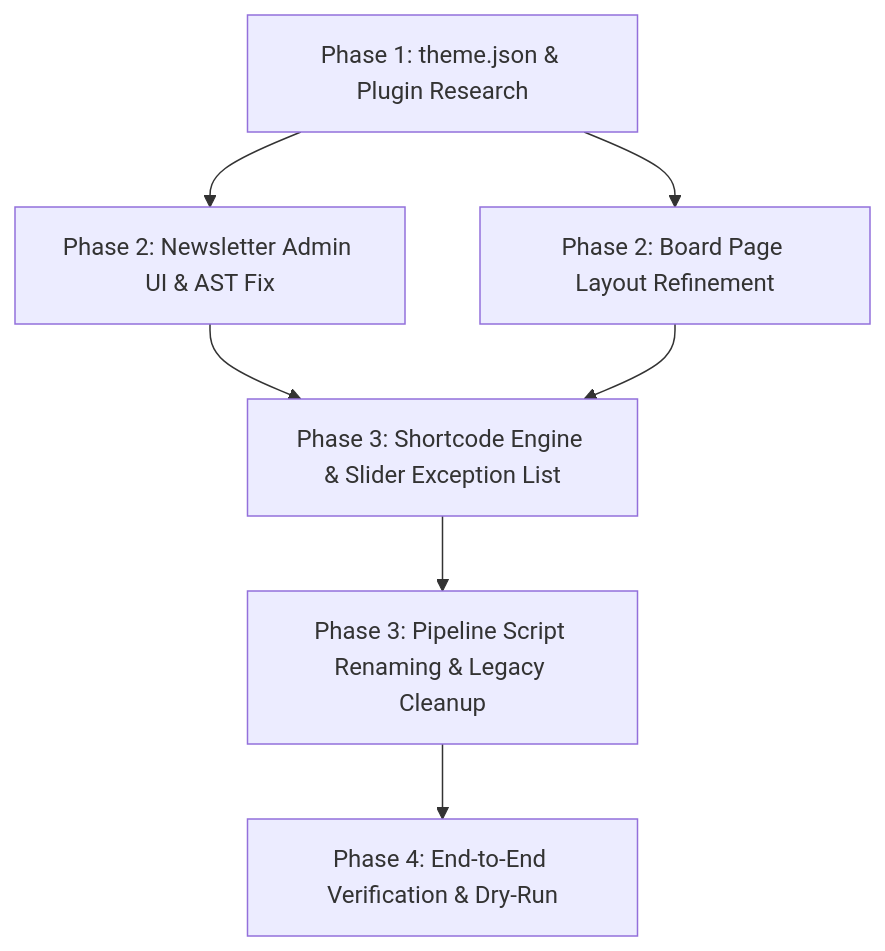
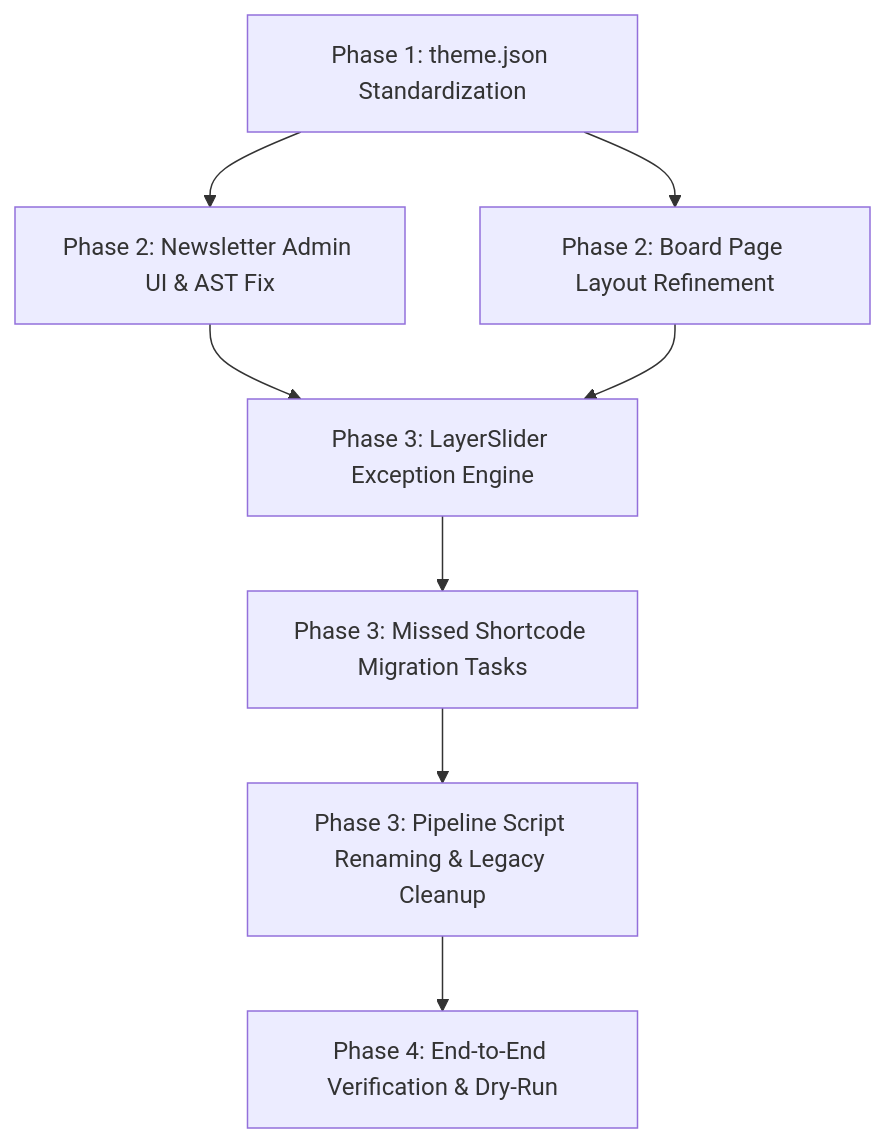
Before and after one commit to alexseif/ekalexandria-flagship: the diagram in ai-work/tasks/eka-portal-migration-incremental-implementation-plan.md, drawn with Mermaid. The commit also changed other lines of this file and 3 other files, not shown here.

Commit message:
docs(plan): update gap analysis with missed shortcodes table, remove sidebar-child-pages, and split shortcode migration tasks

````diff
--- a/ai-work/tasks/eka-portal-migration-incremental-implementation-plan.md
+++ b/ai-work/tasks/eka-portal-migration-incremental-implementation-plan.md
@@ -13,9 +13,10 @@
 ```mermaid
 graph TD
-    A[Phase 1: theme.json & Plugin Research] --> B[Phase 2: Newsletter Admin UI & AST Fix]
+    A[Phase 1: theme.json Standardization] --> B[Phase 2: Newsletter Admin UI & AST Fix]
     A --> C[Phase 2: Board Page Layout Refinement]
-    B --> D[Phase 3: Shortcode Engine & Slider Exception List]
+    B --> D[Phase 3: LayerSlider Exception Engine]
     C --> D
-    D --> E[Phase 3: Pipeline Script Renaming & Legacy Cleanup]
-    E --> F[Phase 4: End-to-End Verification & Dry-Run]
+    D --> E[Phase 3: Missed Shortcode Migration Tasks]
+    E --> F[Phase 3: Pipeline Script Renaming & Legacy Cleanup]
+    F --> G[Phase 4: End-to-End Verification & Dry-Run]
 ```
````
